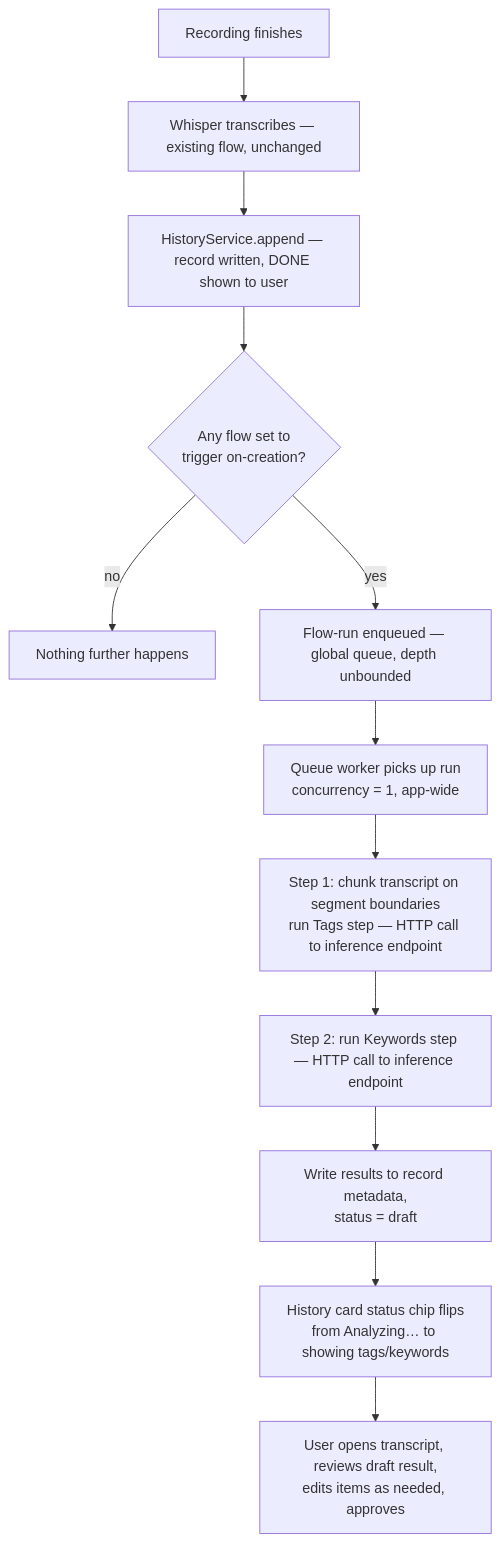
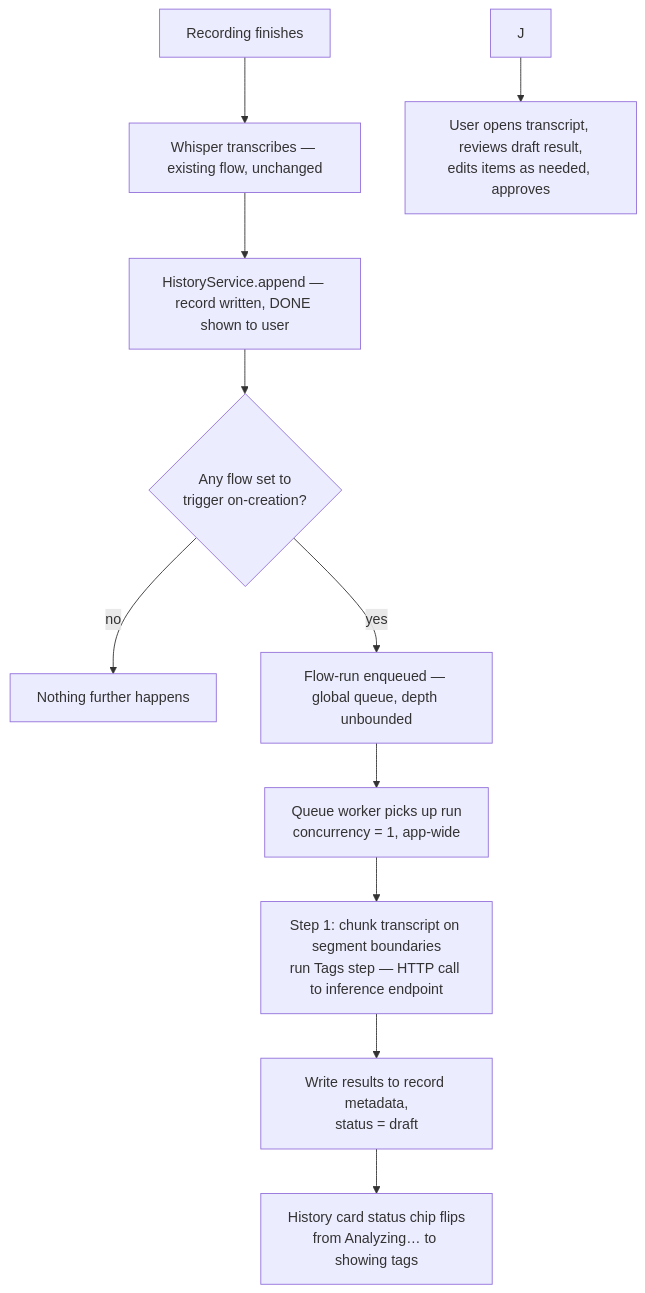
The first of 6 diagrams in docs/explorations/active/design-brain-prd.md (Lenniott/scribeFloat), drawn with Mermaid before and after one commit. The commit also changed other lines of this file and 8 other files, not shown here.

First line of the commit message:
docs: remove Keywords; Tags is the single vocabulary concept (ADR-0011)

````diff
--- a/docs/explorations/active/design-brain-prd.md
+++ b/docs/explorations/active/design-brain-prd.md
@@ -116,14 +116,13 @@
 ```mermaid
 flowchart TD
     A[Recording finishes] --> B[Whisper transcribes — existing flow, unchanged]
     B --> C[HistoryService.append — record written, DONE shown to user]
     C --> D{Any flow set to\ntrigger on-creation?}
     D -- no --> Z[Nothing further happens]
     D -- yes --> E[Flow-run enqueued — global queue, depth unbounded]
     E --> F[Queue worker picks up run\nconcurrency = 1, app-wide]
     F --> G[Step 1: chunk transcript on segment boundaries\nrun Tags step — HTTP call to inference endpoint]
-    G --> H[Step 2: run Keywords step — HTTP call to inference endpoint]
-    H --> I[Write results to record metadata,\nstatus = draft]
-    I --> J[History card status chip flips\nfrom Analyzing… to showing tags/keywords]
+    G --> H[Write results to record metadata,\nstatus = draft]
+    H --> I[History card status chip flips\nfrom Analyzing… to showing tags]
     J --> K[User opens transcript, reviews draft result,\nedits items as needed, approves]
 ```
````
